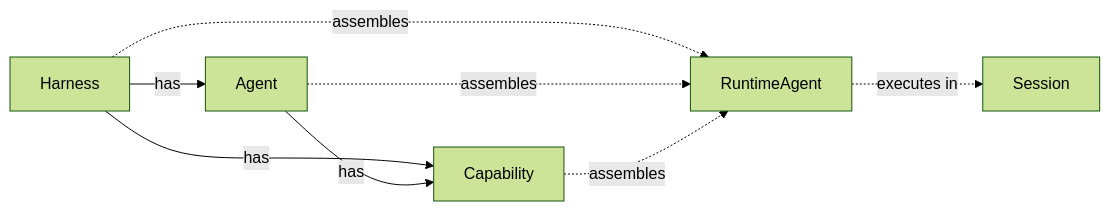
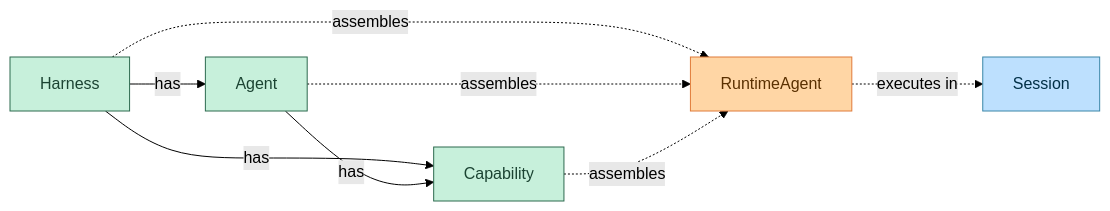
The first of 3 diagrams in specs/concepts.md (everruns/everruns), drawn with Mermaid (forest theme) before and after one commit.

Commit message:
docs(specs): add colors to high-level concept diagram
Green for config entities (Harness, Agent, Capability),
orange for assembly (RuntimeAgent), blue for runtime (Session).

https://claude.ai/code/session_011LPteYzsrfS9CoWREVHWoH

````diff
--- a/specs/concepts.md
+++ b/specs/concepts.md
@@ -9,12 +9,20 @@
 ```mermaid
 graph LR
     Harness -->|has| Agent
     Harness -->|has| Capability
     Agent -->|has| Capability
 
     Harness -.->|assembles| RuntimeAgent
     Agent -.->|assembles| RuntimeAgent
     Capability -.->|assembles| RuntimeAgent
 
     RuntimeAgent -.->|executes in| Session
+
+    classDef config fill:#c7f0db,stroke:#2d6a4f,color:#1b4332
+    classDef assembly fill:#ffd6a5,stroke:#e07b39,color:#5a3000
+    classDef runtime fill:#bde0fe,stroke:#3a86a8,color:#023047
+
+    class Harness,Agent,Capability config
+    class RuntimeAgent assembly
+    class Session runtime
 ```
````
